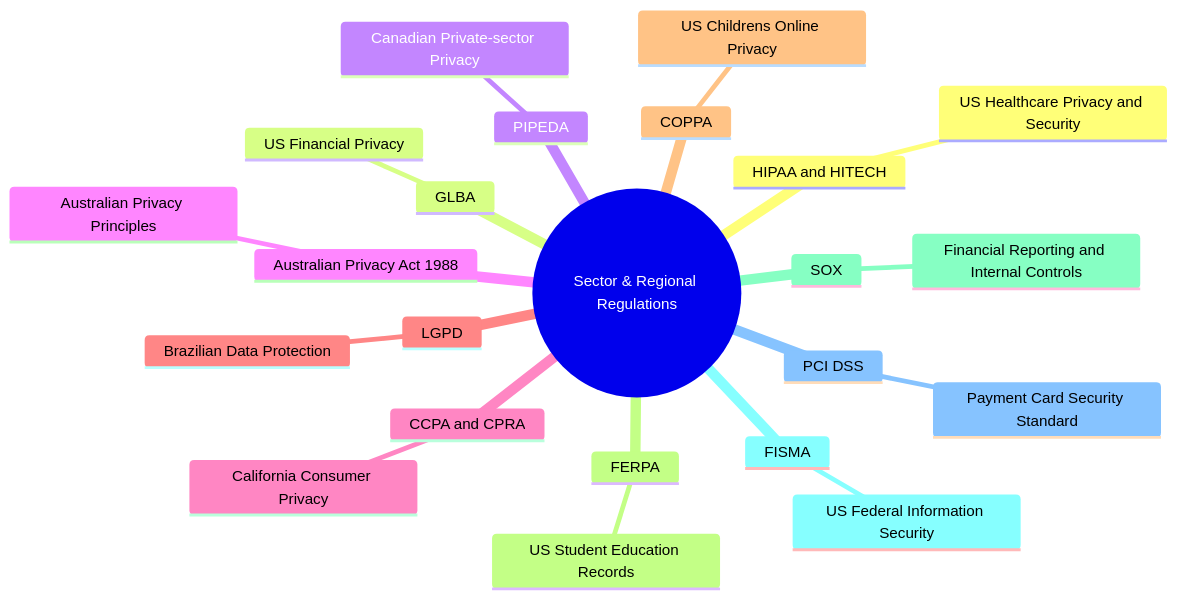
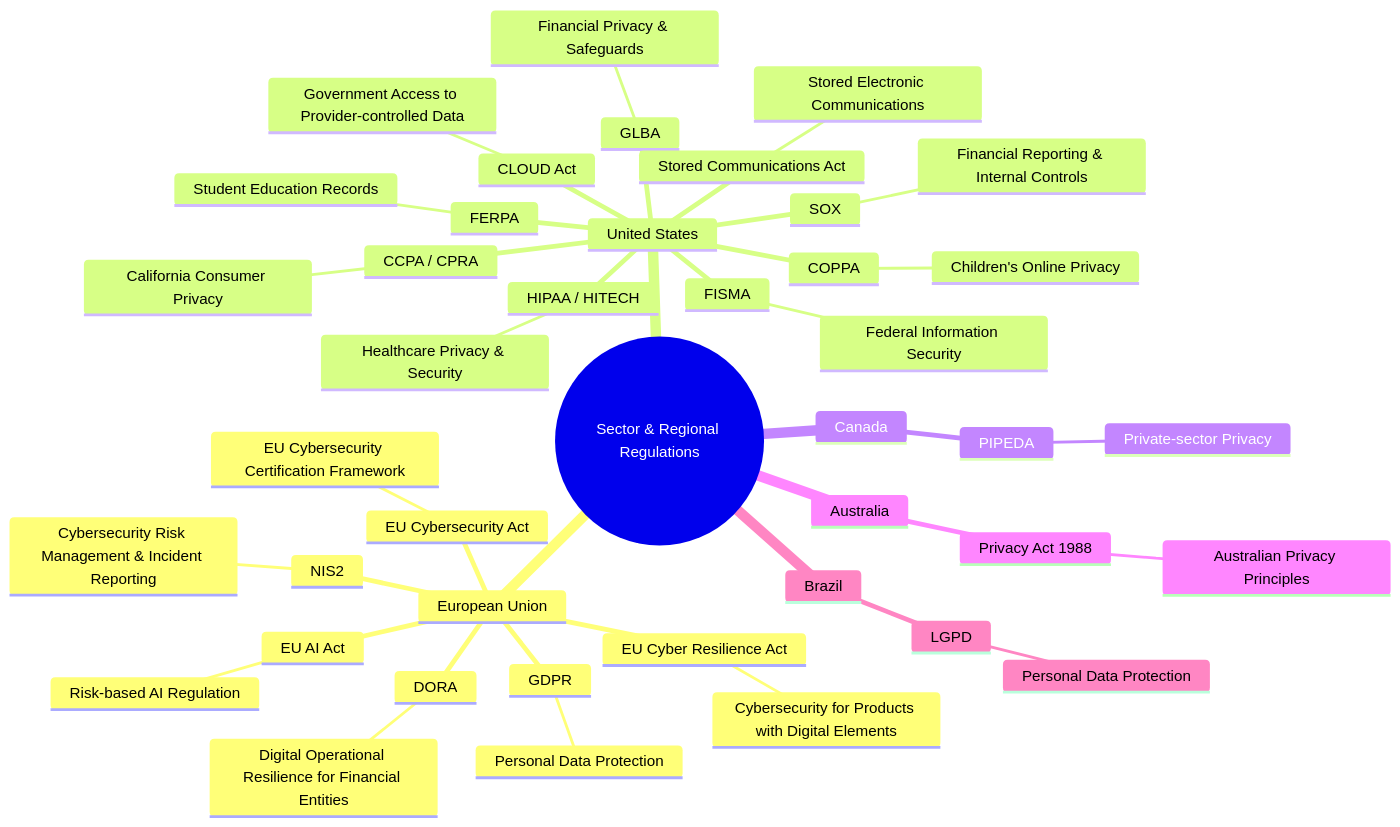
The diagram in cybersecurity-grc-map/docs/sector-regional-regulations.md (carybdea/mindmaps), drawn with Mermaid before and after one commit. The commit also changed 19 other files, not shown here.

First line of the commit message:
Reorganize mind map structure

````diff
--- a/cybersecurity-grc-map/docs/sector-regional-regulations.md
+++ b/cybersecurity-grc-map/docs/sector-regional-regulations.md
@@ -3,26 +3,45 @@
 ```mermaid
 mindmap
   root((Sector & Regional Regulations))
-    HIPAA and HITECH
-      US Healthcare Privacy and Security
-    GLBA
-      US Financial Privacy
-    PIPEDA
-      Canadian Private-sector Privacy
-    Australian Privacy Act 1988
-      Australian Privacy Principles
-    CCPA and CPRA
-      California Consumer Privacy
-    LGPD
-      Brazilian Data Protection
-    COPPA
-      US Childrens Online Privacy
-    FERPA
-      US Student Education Records
-    SOX
-      Financial Reporting and Internal Controls
-    FISMA
-      US Federal Information Security
-    PCI DSS
-      Payment Card Security Standard
+    European Union
+      GDPR
+        Personal Data Protection
+      NIS2
+        Cybersecurity Risk Management & Incident Reporting
+      DORA
+        Digital Operational Resilience for Financial Entities
+      EU Cyber Resilience Act
+        Cybersecurity for Products with Digital Elements
+      EU AI Act
+        Risk-based AI Regulation
+      EU Cybersecurity Act
+        EU Cybersecurity Certification Framework
+    United States
+      HIPAA / HITECH
+        Healthcare Privacy & Security
+      GLBA
+        Financial Privacy & Safeguards
+      CCPA / CPRA
+        California Consumer Privacy
+      COPPA
+        Children's Online Privacy
+      FERPA
+        Student Education Records
+      SOX
+        Financial Reporting & Internal Controls
+      FISMA
+        Federal Information Security
+      CLOUD Act
+        Government Access to Provider-controlled Data
+      Stored Communications Act
+        Stored Electronic Communications
+    Canada
+      PIPEDA
+        Private-sector Privacy
+    Australia
+      Privacy Act 1988
+        Australian Privacy Principles
+    Brazil
+      LGPD
+        Personal Data Protection
 ```
````
